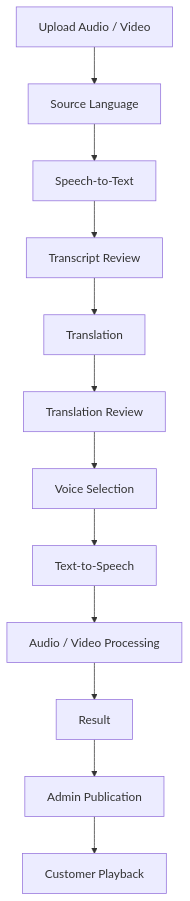
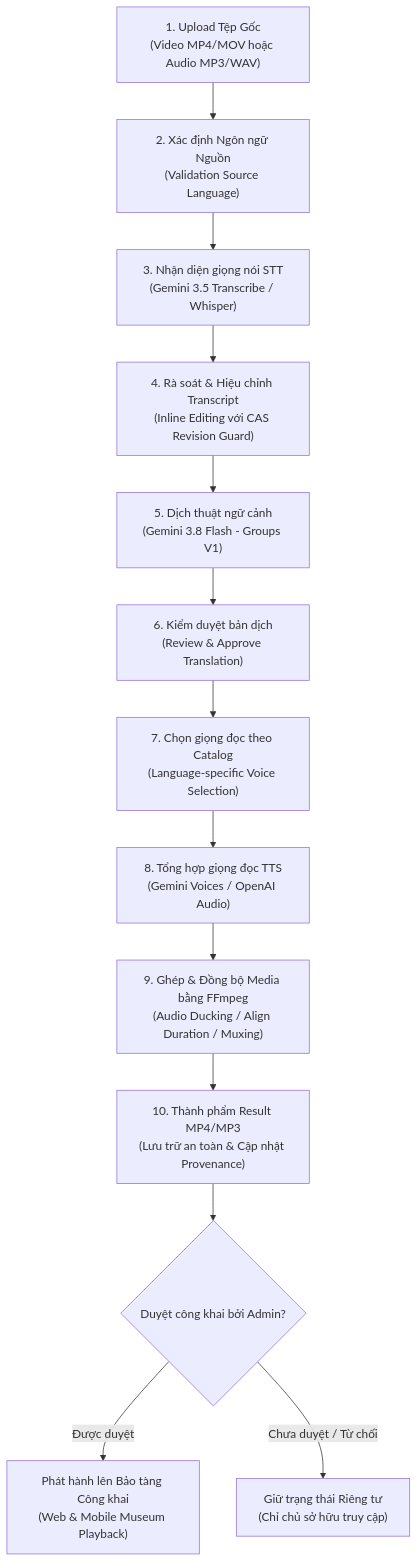
One commit to aminhtoan/Thuyet-Minh-Tu-Dong-AI changed the second of 2 diagrams in README.md. Above: the diagram before and after it, drawn with Mermaid. The commit also changed other lines of this file, not shown here.

````diff
--- a/README.md
+++ b/README.md
@@ -82,9 +201,15 @@
 ```mermaid
 flowchart TD
-    A["Upload Audio / Video"] --> B["Source Language"]
-    B --> C["Speech-to-Text"] --> D["Transcript Review"]
-    D --> E["Translation"] --> F["Translation Review"]
-    F --> G["Voice Selection"] --> H["Text-to-Speech"]
-    H --> I["Audio / Video Processing"] --> J["Result"]
-    J --> K["Admin Publication"] --> L["Customer Playback"]
+    A["1. Upload Tệp Gốc\n(Video MP4/MOV hoặc Audio MP3/WAV)"] --> B["2. Xác định Ngôn ngữ Nguồn\n(Validation Source Language)"]
+    B --> C["3. Nhận diện giọng nói STT\n(Gemini 3.5 Transcribe / Whisper)"]
+    C --> D["4. Rà soát & Hiệu chỉnh Transcript\n(Inline Editing với CAS Revision Guard)"]
+    D --> E["5. Dịch thuật ngữ cảnh\n(Gemini 3.8 Flash - Groups V1)"]
+    E --> F["6. Kiểm duyệt bản dịch\n(Review & Approve Translation)"]
+    F --> G["7. Chọn giọng đọc theo Catalog\n(Language-specific Voice Selection)"]
+    G --> H["8. Tổng hợp giọng đọc TTS\n(Gemini Voices / OpenAI Audio)"]
+    H --> I["9. Ghép & Đồng bộ Media bằng FFmpeg\n(Audio Ducking / Align Duration / Muxing)"]
+    I --> J["10. Thành phẩm Result MP4/MP3\n(Lưu trữ an toàn & Cập nhật Provenance)"]
+    J --> K{"Duyệt công khai bởi Admin?"}
+    K -->|Được duyệt| L["Phát hành lên Bảo tàng Công khai\n(Web & Mobile Museum Playback)"]
+    K -->|Chưa duyệt / Từ chối| M["Giữ trạng thái Riêng tư\n(Chỉ chủ sở hữu truy cập)"]
 ```
````
